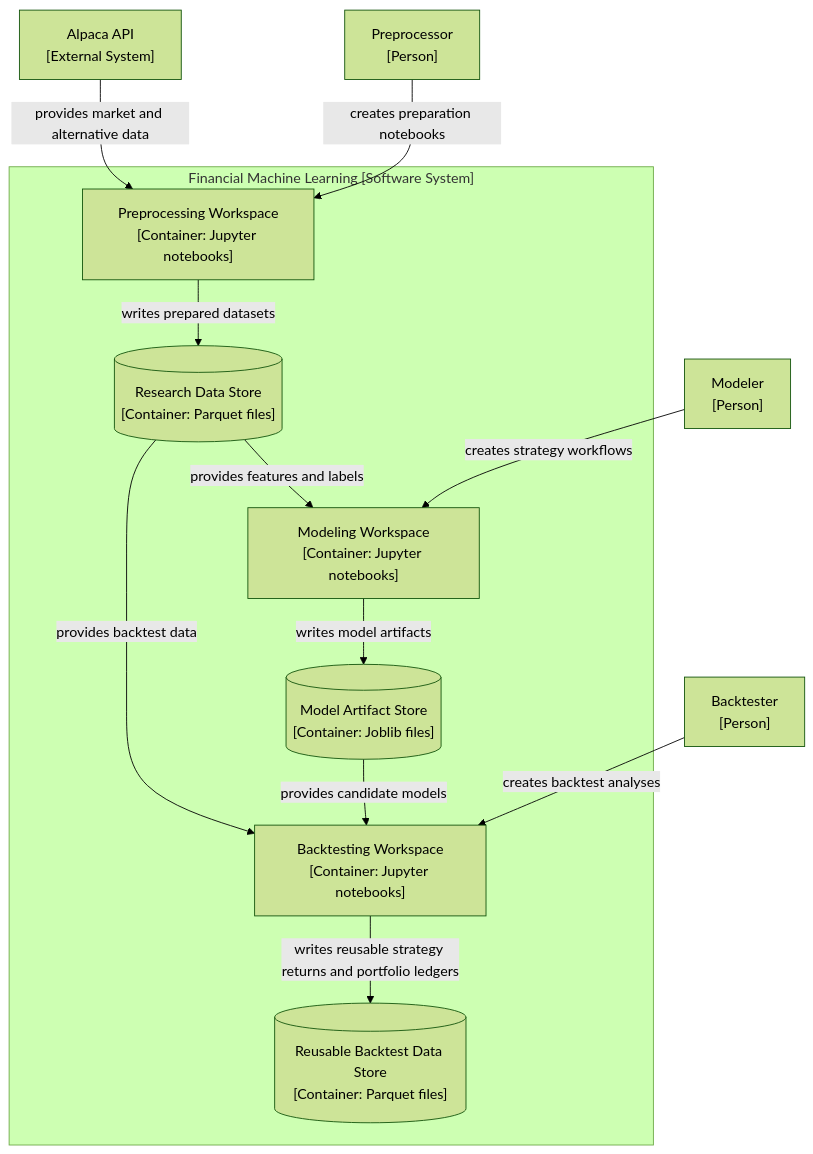
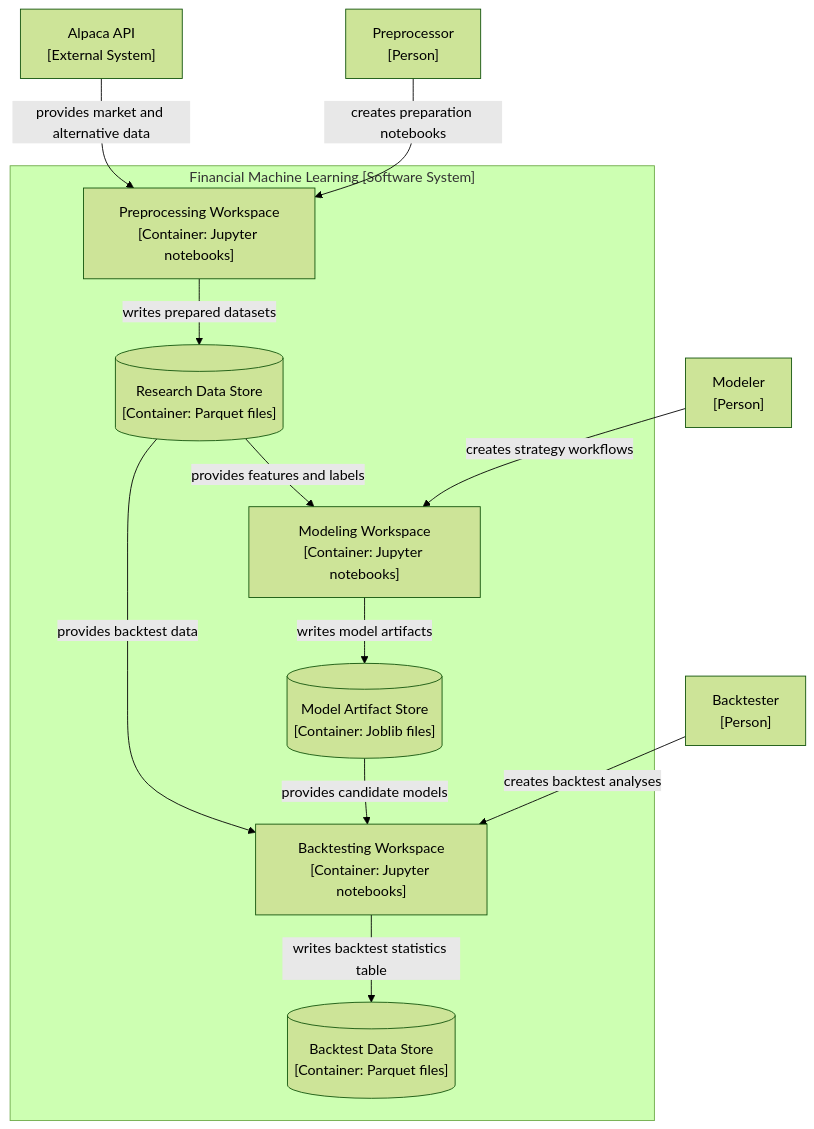
One commit to kwonjunhyuk9/financial-machine-learning changed the second of 3 diagrams in docs/architecture.md. Above: the diagram before and after it, drawn with Mermaid (forest theme). The commit also changed other lines of this file and 59 other files, not shown here.

````diff
--- a/docs/architecture.md
+++ b/docs/architecture.md
@@ -37,27 +37,27 @@
 ```mermaid
 flowchart TD
     dp_user["Preprocessor<br/>[Person]"]
     sm_user["Modeler<br/>[Person]"]
     mb_user["Backtester<br/>[Person]"]
     alpaca["Alpaca API<br/>[External System]"]
 
     subgraph system["Financial Machine Learning [Software System]"]
         preprocessing_workspace["Preprocessing Workspace<br/>[Container: Jupyter notebooks]"]
         data_store[("Research Data Store<br/>[Container: Parquet files]")]
         modeling_workspace["Modeling Workspace<br/>[Container: Jupyter notebooks]"]
         model_store[("Model Artifact Store<br/>[Container: Joblib files]")]
         backtesting_workspace["Backtesting Workspace<br/>[Container: Jupyter notebooks]"]
-        result_store[("Reusable Backtest Data Store<br/>[Container: Parquet files]")]
+        result_store[("Backtest Data Store<br/>[Container: Parquet files]")]
     end
 
     dp_user -->|" creates preparation notebooks "| preprocessing_workspace
     sm_user -->|" creates strategy workflows "| modeling_workspace
     mb_user -->|" creates backtest analyses "| backtesting_workspace
     alpaca -->|" provides market and alternative data "| preprocessing_workspace
     preprocessing_workspace -->|" writes prepared datasets "| data_store
     data_store -->|" provides features and labels "| modeling_workspace
     modeling_workspace -->|" writes model artifacts "| model_store
     data_store -->|" provides backtest data "| backtesting_workspace
     model_store -->|" provides candidate models "| backtesting_workspace
-    backtesting_workspace -->|" writes reusable strategy returns and portfolio ledgers "| result_store
+    backtesting_workspace -->|" writes backtest statistics table "| result_store
 ```
````
